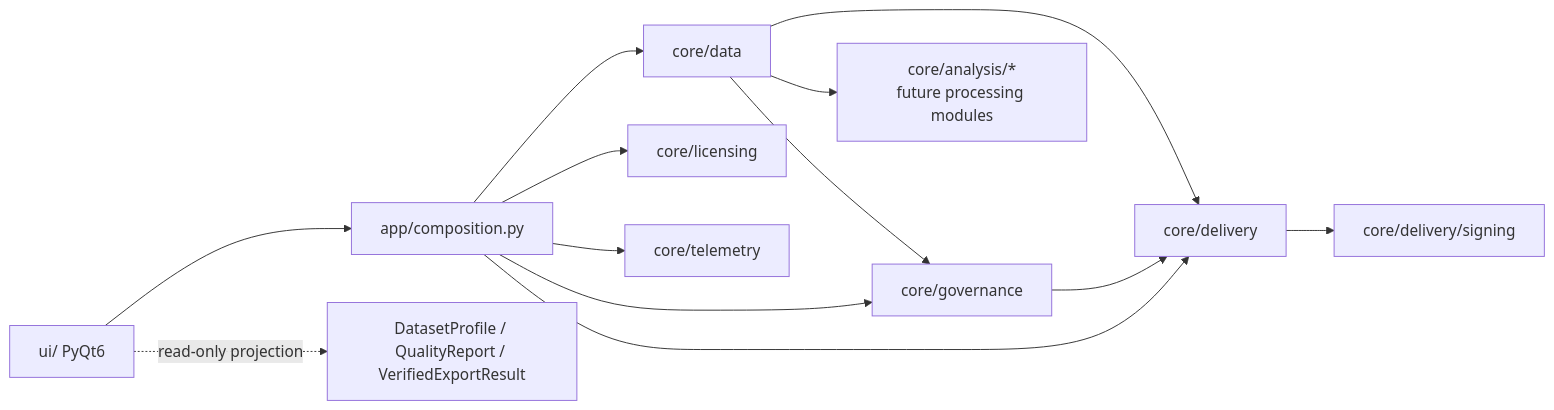
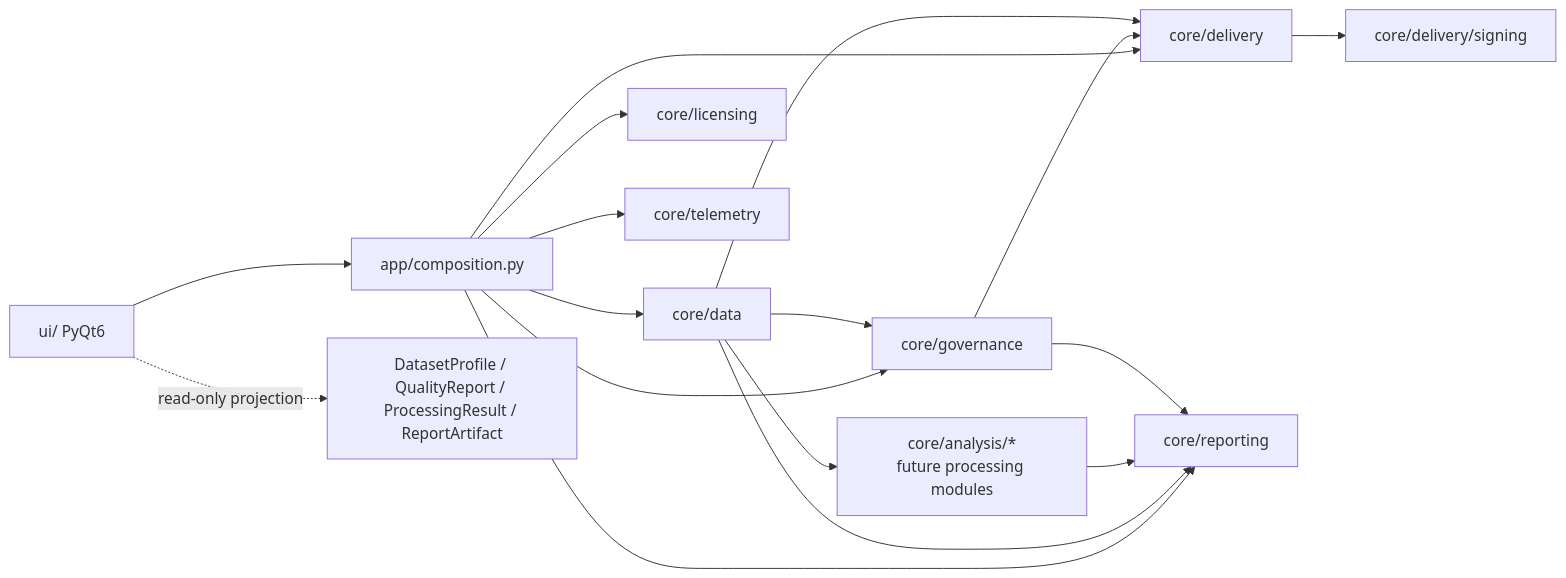
The diagram in nextgen/API_MODULE_INTEGRATION_REFERENCE_FA.md (Ali-Marandi/DataSense), drawn with Mermaid before and after one commit. The commit also changed other lines of this file and 8 other files, not shown here.

````diff
--- a/nextgen/API_MODULE_INTEGRATION_REFERENCE_FA.md
+++ b/nextgen/API_MODULE_INTEGRATION_REFERENCE_FA.md
@@ -10,15 +10,19 @@
 ```mermaid
 flowchart LR
   UI[ui/ PyQt6] --> APP[app/composition.py]
   APP --> DATA[core/data]
   APP --> GOV[core/governance]
   APP --> DEL[core/delivery]
+  APP --> REP[core/reporting]
   APP --> LIC[core/licensing]
   APP --> TEL[core/telemetry]
   DATA --> MOD[core/analysis/*\nfuture processing modules]
   GOV --> DEL
   DATA --> GOV
   DATA --> DEL
+  DATA --> REP
+  MOD --> REP
+  GOV --> REP
   DEL --> SIGN[core/delivery/signing]
-  UI -. read-only projection .-> DTO[DatasetProfile / QualityReport / VerifiedExportResult]
+  UI -. read-only projection .-> DTO[DatasetProfile / QualityReport / ProcessingResult / ReportArtifact]
 ```
````
